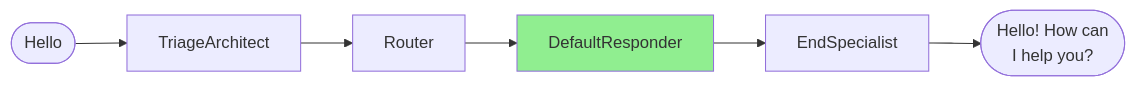
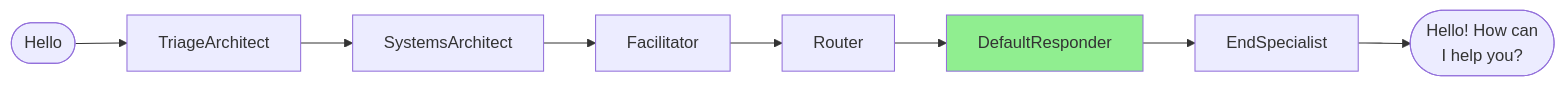
One commit to shanevcantwell/langgraph-agentic-scaffold changed the third of 16 diagrams in docs/FLOWS.md. Above: the diagram before and after it, drawn with Mermaid. The commit also changed other lines of this file and 7 other files, not shown here.

First line of the commit message:
docs: update specialist profiles and architecture for #199 pipeline flip

````diff
--- a/docs/FLOWS.md
+++ b/docs/FLOWS.md
@@ -103,10 +111,12 @@
 ```mermaid
 flowchart LR
     User(["Hello"]) --> Triage[TriageArchitect]
-    Triage --> Router[Router]
+    Triage --> SA[SystemsArchitect]
+    SA --> Fac[Facilitator]
+    Fac --> Router[Router]
     Router --> Default[DefaultResponder]
     Default --> End[EndSpecialist]
     End --> Response(["Hello! How can<br/>I help you?"])
 
     style Default fill:#90EE90
 ```
````
